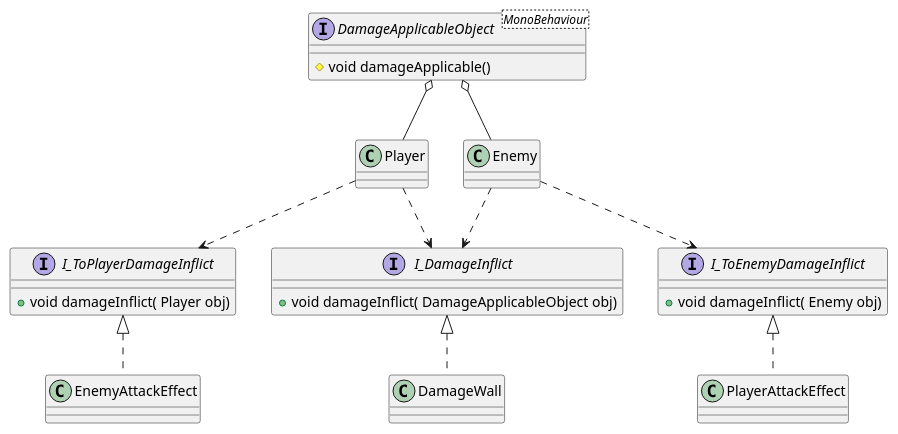
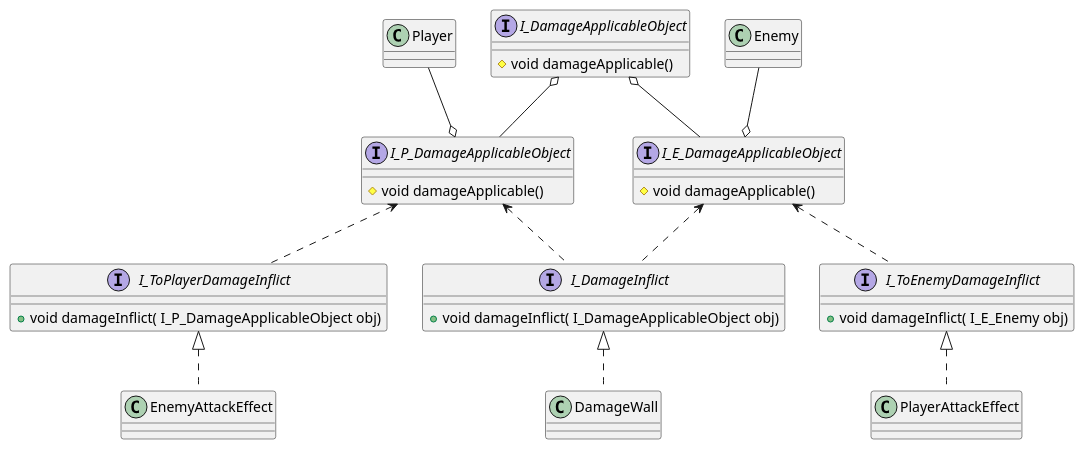
Before and after one commit to tezumozu/Unity_tests: the diagram in Assets/Uml/DamageApplicableClass_uml.pu, drawn with PlantUML. The commit also changed 9 other files, not shown here.

Commit message:
update uml Player Class design

```diff
--- a/Assets/Uml/DamageApplicableClass_uml.pu
+++ b/Assets/Uml/DamageApplicableClass_uml.pu
@@ -1,51 +1,62 @@
 @startuml ダメージ周りのクラス設計
-    interface DamageApplicableObject <MonoBehaviour>{
+    interface I_DamageApplicableObject{
+        # void damageApplicable()
+    }
+
+    interface I_P_DamageApplicableObject{
+        # void damageApplicable()
+    }
+
+    interface I_E_DamageApplicableObject{
         # void damageApplicable()
     }
 
     class Player{
 
     }
 
     class Enemy{
 
     }
 
     class PlayerAttackEffect {
 
     }
 
     class DamageWall{
 
     }
 
     class EnemyAttackEffect{
 
     }
 
     interface I_DamageInflict {
-        + void damageInflict( DamageApplicableObject obj)
+        + void damageInflict( I_DamageApplicableObject obj)
     }
 
     interface I_ToPlayerDamageInflict {
-        + void damageInflict( Player obj)
+        + void damageInflict( I_P_DamageApplicableObject obj)
     }
 
     interface I_ToEnemyDamageInflict {
-        + void damageInflict( Enemy obj)
+        + void damageInflict( I_E_Enemy obj)
     }
 
 
 
-    Player  -up-o  DamageApplicableObject
-    Enemy  -up-o  DamageApplicableObject
+    I_P_DamageApplicableObject  -up-o  I_DamageApplicableObject
+    I_E_DamageApplicableObject  -up-o  I_DamageApplicableObject
 
-    Player ..> I_DamageInflict
-    Player ..> I_ToPlayerDamageInflict
-    Enemy ..> I_DamageInflict
-    Enemy ..> I_ToEnemyDamageInflict
+    I_P_DamageApplicableObject <.. I_DamageInflict
+    I_P_DamageApplicableObject <.. I_ToPlayerDamageInflict
+    I_E_DamageApplicableObject <.. I_DamageInflict
+    I_E_DamageApplicableObject <.. I_ToEnemyDamageInflict
+
+    Player  --o  I_P_DamageApplicableObject
+    Enemy  --o  I_E_DamageApplicableObject
 
     PlayerAttackEffect .up.|> I_ToEnemyDamageInflict
     DamageWall .up.|> I_DamageInflict
     EnemyAttackEffect .up.|> I_ToPlayerDamageInflict
 @enduml
```
